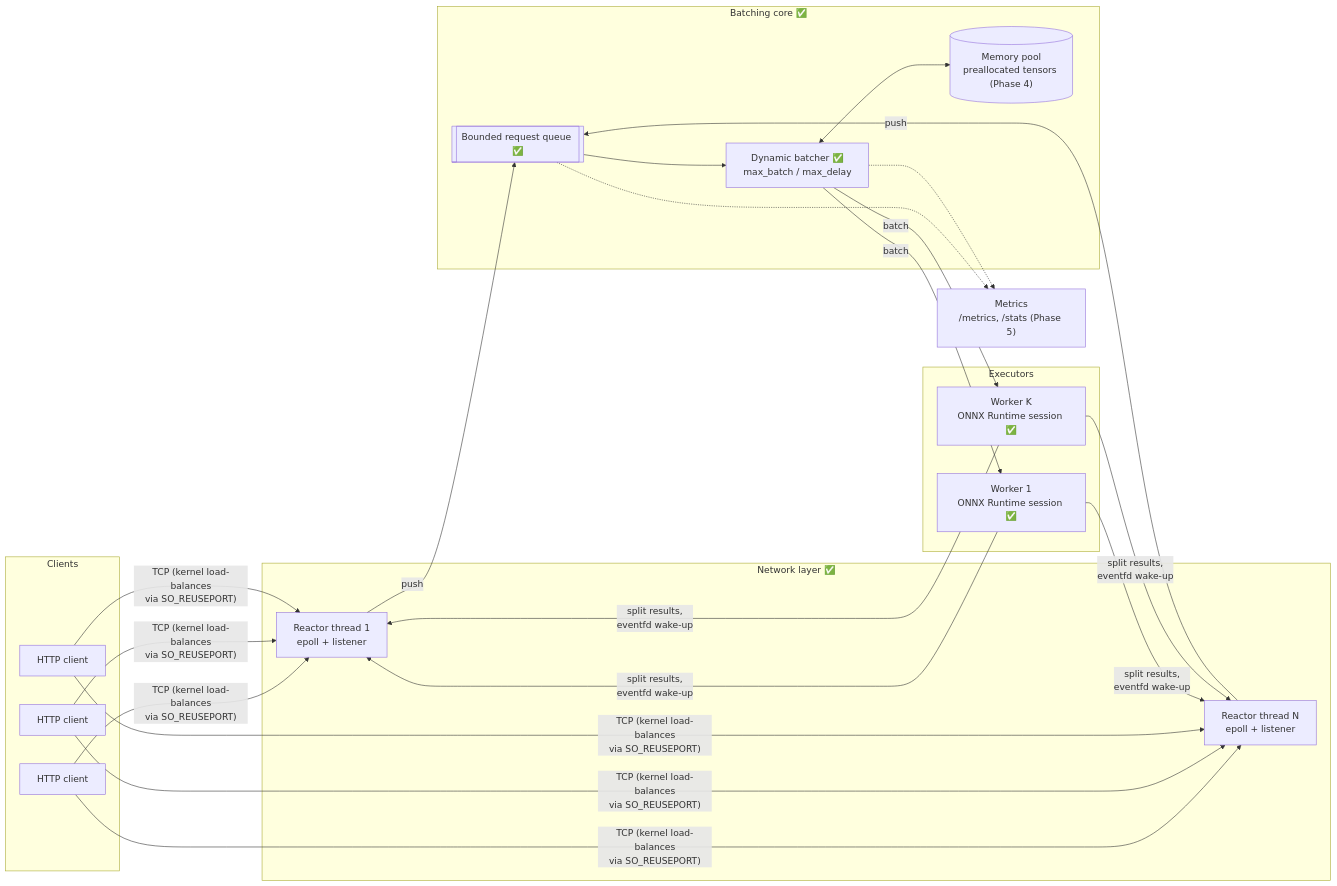
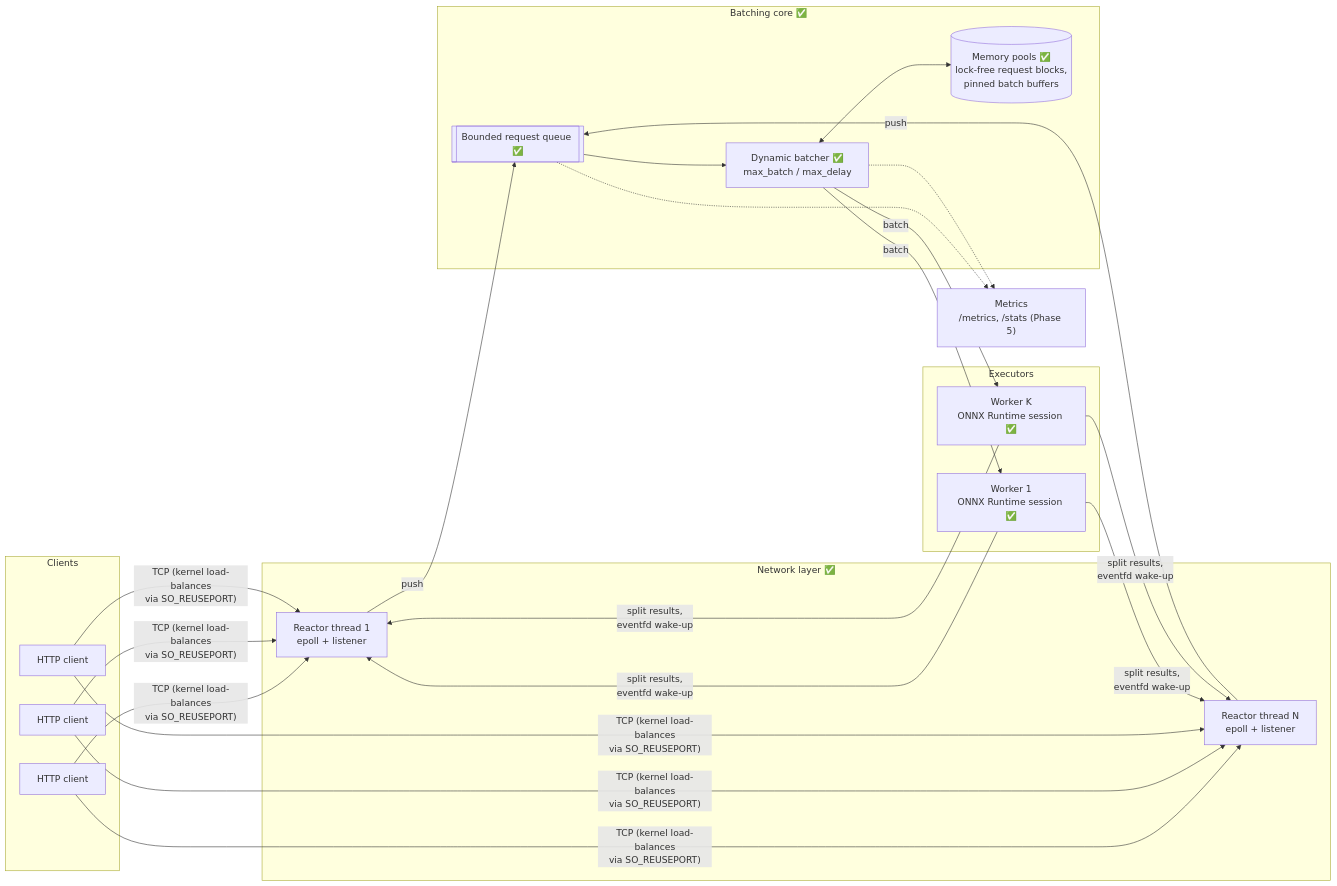
The second of 8 diagrams in README.md (Agent-Twilight7/cpp-ml-inference-server), drawn with Mermaid before and after one commit. The commit also changed other lines of this file and 15 other files, not shown here.

First line of the commit message:
Phase 4: lock-free memory pools, zero-copy body, pinned batch buffers

````diff
--- a/README.md
+++ b/README.md
@@ -101,34 +104,34 @@
 ```mermaid
 flowchart LR
     subgraph clients[Clients]
         c1[HTTP client]
         c2[HTTP client]
         c3[HTTP client]
     end
 
     subgraph net["Network layer ✅"]
         r1["Reactor thread 1<br/>epoll + listener"]
         r2["Reactor thread N<br/>epoll + listener"]
     end
 
     subgraph core["Batching core ✅"]
         q[["Bounded request queue ✅"]]
         b["Dynamic batcher ✅<br/>max_batch / max_delay"]
-        mp[("Memory pool<br/>preallocated tensors (Phase 4)")]
+        mp[("Memory pools ✅<br/>lock-free request blocks,<br/>pinned batch buffers")]
     end
 
     subgraph exec["Executors"]
         w1["Worker 1<br/>ONNX Runtime session ✅"]
         w2["Worker K<br/>ONNX Runtime session ✅"]
     end
 
     m["Metrics<br/>/metrics, /stats (Phase 5)"]
 
     c1 & c2 & c3 -->|"TCP (kernel load-balances<br/>via SO_REUSEPORT)"| r1 & r2
     r1 & r2 -->|push| q --> b
     b <--> mp
     b -->|batch| w1 & w2
     w1 & w2 -->|"split results,<br/>eventfd wake-up"| r1 & r2
     q -.-> m
     b -.-> m
 ```
````
